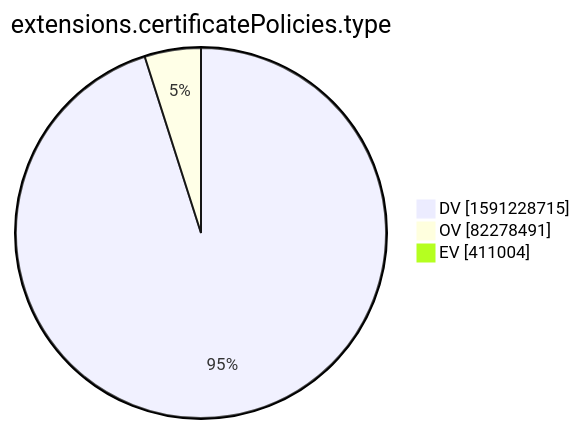
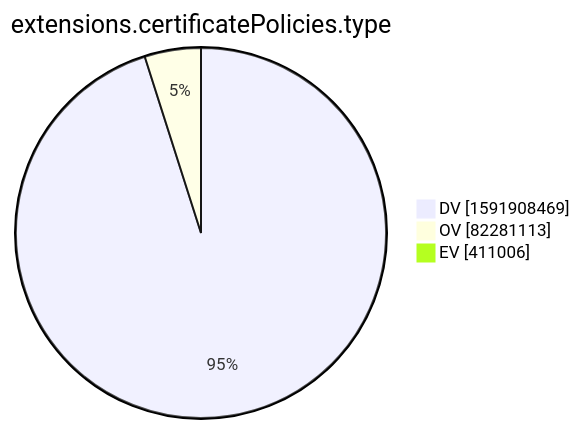
One commit to christiankrug/ctmonitor_visualization changed the tenth of 15 diagrams in xenon2022/README.md. Above: the diagram before and after it, drawn with Mermaid. The commit also changed other lines of this file, not shown here.

````diff
--- a/xenon2022/README.md
+++ b/xenon2022/README.md
@@ -2878,7 +2878,7 @@
 ```mermaid
 pie showData
 title extensions.certificatePolicies.type
-"DV" :1591228715
-"OV" :82278491
-"EV" :411004
+"DV" :1591908469
+"OV" :82281113
+"EV" :411006
 ```
````
